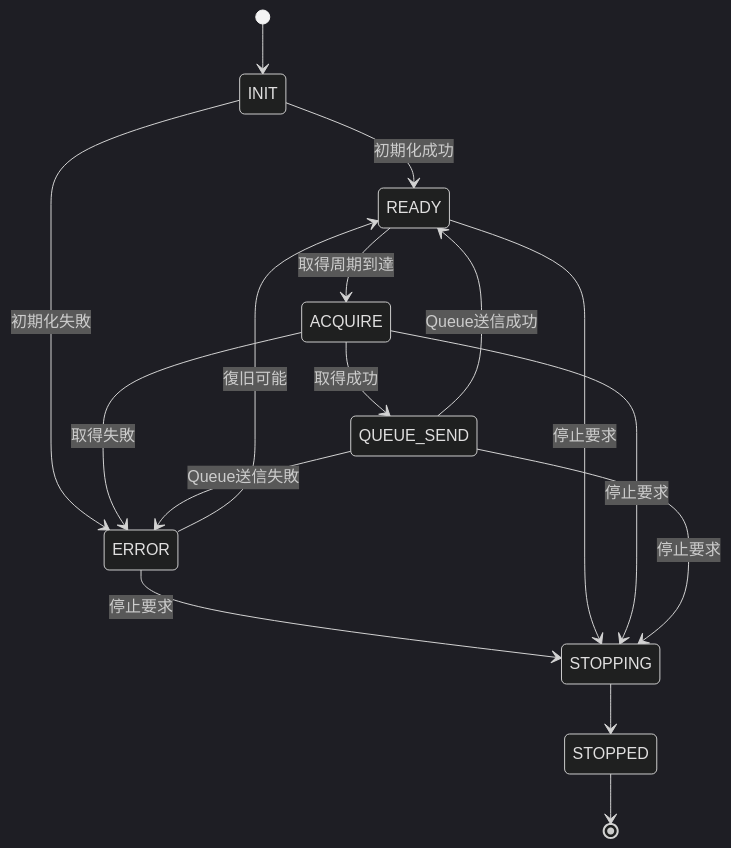
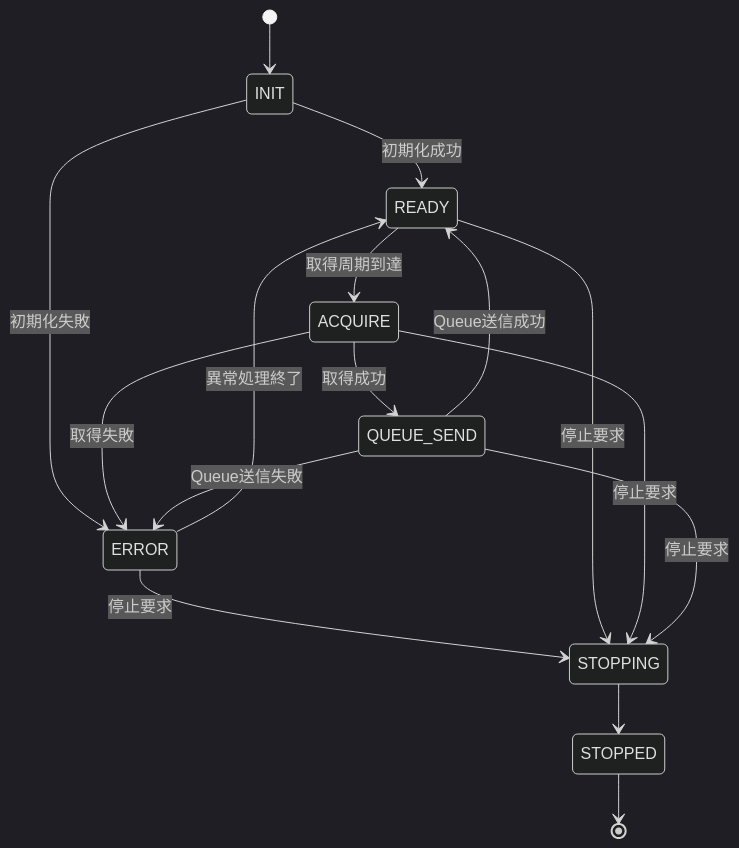
Before and after one commit to yujimasuda77777/Raspberry_Pi_4B_Edge_IoT_System: the first of 46 diagrams in docs/05_operation_recovery.md, drawn with Mermaid (dark theme). The commit also changed other lines of this file and 1 other file, not shown here.

````diff
--- a/docs/05_operation_recovery.md
+++ b/docs/05_operation_recovery.md
@@ -41,26 +45,25 @@
 ```mermaid
 stateDiagram-v2
     [*] --> INIT
 
     INIT --> READY : 初期化成功
     INIT --> ERROR : 初期化失敗
 
     READY --> ACQUIRE : 取得周期到達
     ACQUIRE --> QUEUE_SEND : 取得成功
     ACQUIRE --> ERROR : 取得失敗
 
     QUEUE_SEND --> READY : Queue送信成功
     QUEUE_SEND --> ERROR : Queue送信失敗
 
-    ERROR --> READY : 復旧可能
+    ERROR --> READY : 異常処理終了
     ERROR --> STOPPING : 停止要求
 
     READY --> STOPPING : 停止要求
     ACQUIRE --> STOPPING : 停止要求
     QUEUE_SEND --> STOPPING : 停止要求
 
     STOPPING --> STOPPED
 
     STOPPED --> [*]
-
 ```
````
